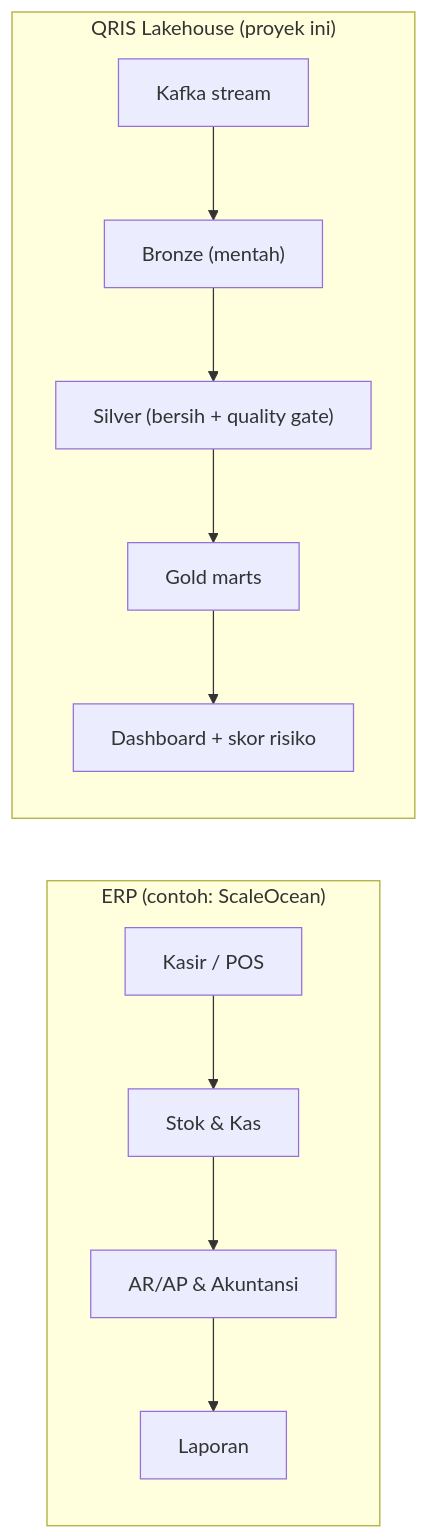
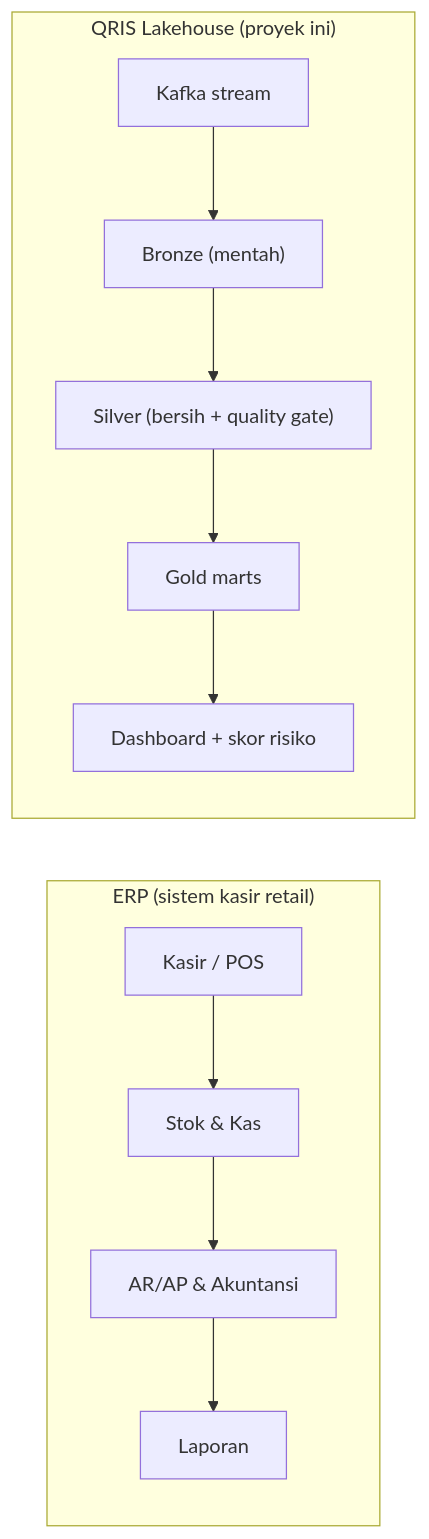
The diagram in README.md (wardalxndr/qris-streaming-lakehouse), drawn with Mermaid before and after one commit.

Commit message:
Docs: neutral ERP mapping

````diff
--- a/README.md
+++ b/README.md
@@ -32,14 +32,14 @@
 ```mermaid
 flowchart LR
-    subgraph ERP["ERP (contoh: ScaleOcean)"]
+    subgraph ERP["ERP (sistem kasir retail)"]
         POS["Kasir / POS"] --> GUD["Stok & Kas"]
         GUD --> AKT["AR/AP & Akuntansi"]
         AKT --> LAP["Laporan"]
     end
     subgraph QRIS["QRIS Lakehouse (proyek ini)"]
         K["Kafka stream"] --> B["Bronze (mentah)"]
         B --> S["Silver (bersih + quality gate)"]
         S --> G["Gold marts"]
         G --> D["Dashboard + skor risiko"]
     end
 ```
````
